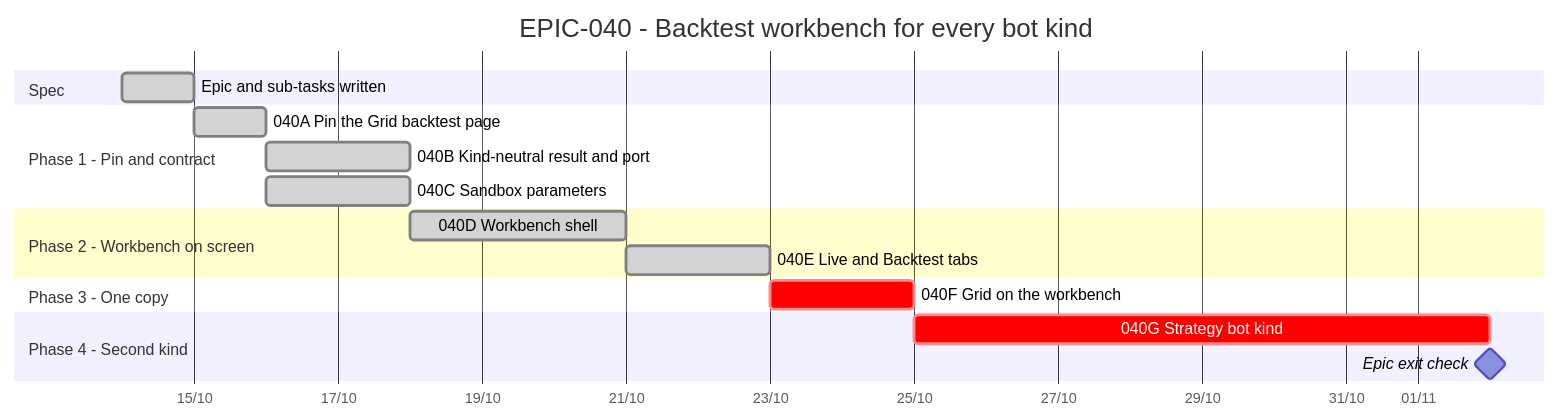
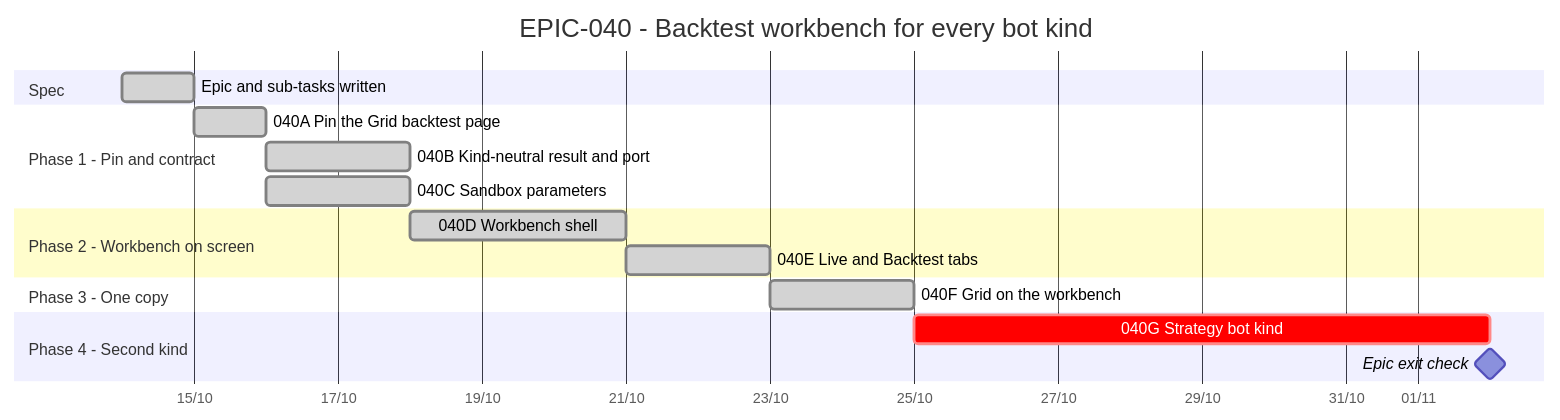
The diagram in Tasks/epics/EPIC-040_backtest_workbench/TRACKING.md (anhembedded/Sagittarius_Elite_Warrior), drawn with Mermaid before and after one commit. The commit also changed other lines of this file and 36 other files, not shown here.

````diff
--- a/Tasks/epics/EPIC-040_backtest_workbench/TRACKING.md
+++ b/Tasks/epics/EPIC-040_backtest_workbench/TRACKING.md
@@ -14,25 +14,25 @@
 ```mermaid
 gantt
     title EPIC-040 - Backtest workbench for every bot kind
     dateFormat  YYYY-MM-DD
     axisFormat  %d/%m
 
     section Spec
     Epic and sub-tasks written            :done,    s1, 2026-10-14, 1d
 
     section Phase 1 - Pin and contract
     040A Pin the Grid backtest page       :done,    a, after s1, 1d
     040B Kind-neutral result and port     :done,    b, after a, 2d
     040C Sandbox parameters               :done,    c, after a, 2d
 
     section Phase 2 - Workbench on screen
     040D Workbench shell                  :done,    d, after b c, 3d
     040E Live and Backtest tabs           :done,    e, after d, 2d
 
     section Phase 3 - One copy
-    040F Grid on the workbench            :crit,    f, after e, 2d
+    040F Grid on the workbench            :done,    f, after e, 2d
 
     section Phase 4 - Second kind
     040G Strategy bot kind                :crit,    g, after f, 8d
     Epic exit check                       :milestone, m, after g, 0d
 ```
````
